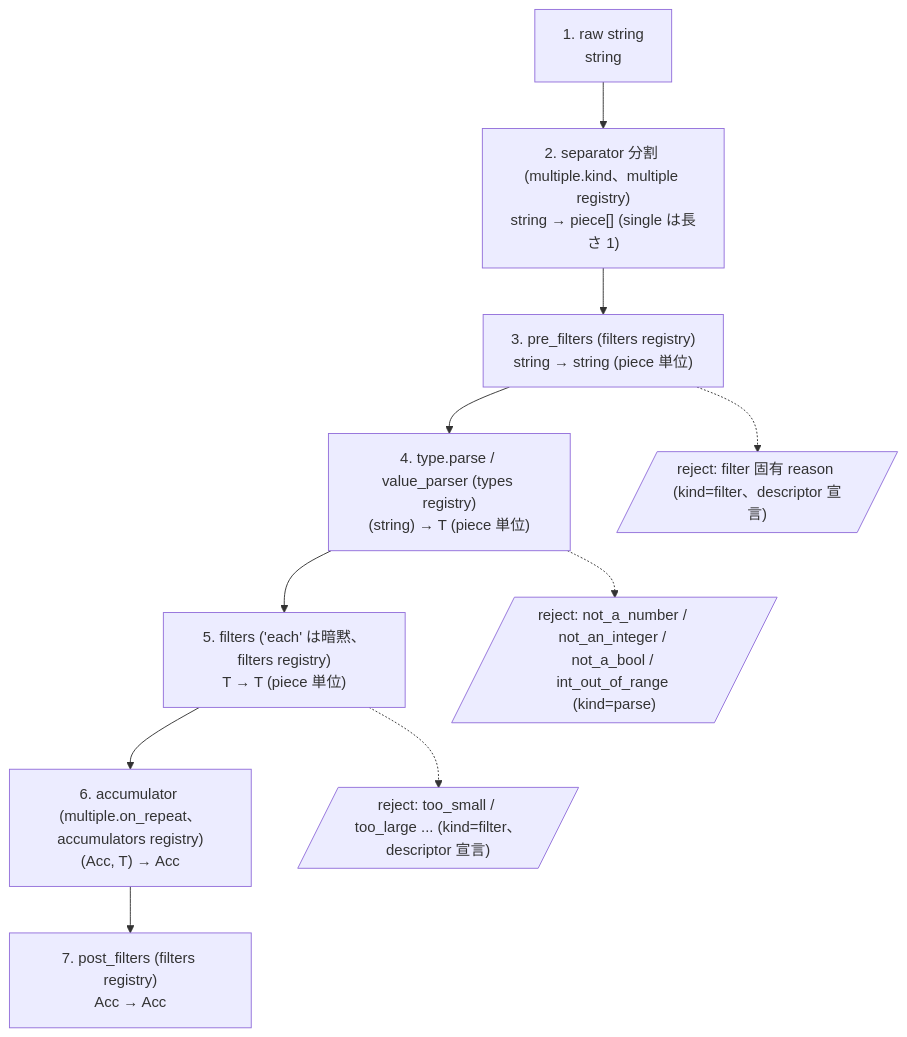
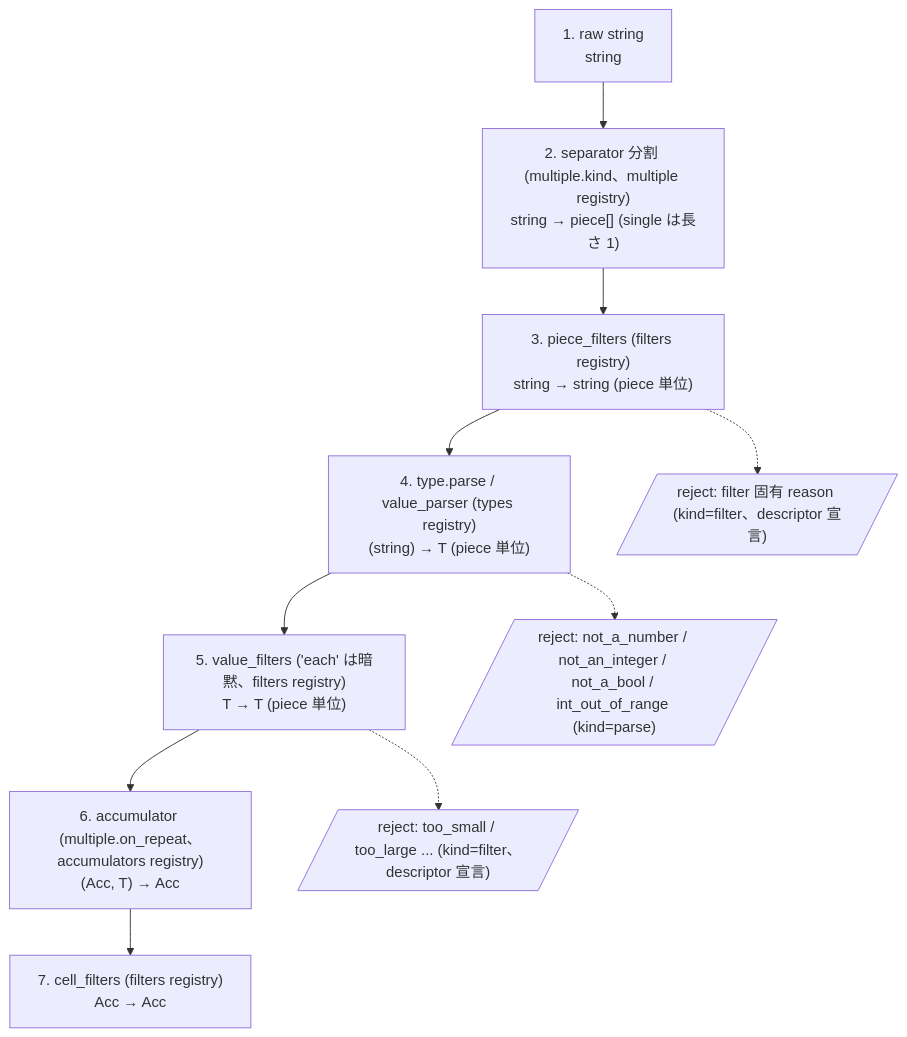
The second of 2 diagrams in docs/PIPELINE.md (kawaz/kuu), drawn with Mermaid before and after one commit. The commit also changed other lines of this file and 26 other files, not shown here.

First line of the commit message:
refactor(vocab): DR-079 リネーム追従 — piece_filters / value_filters / cell_filters

````diff
--- a/docs/PIPELINE.md
+++ b/docs/PIPELINE.md
@@ -57,22 +57,22 @@
 ```mermaid
 flowchart TD
   S1["1. raw string<br/>string"]
   S2["2. separator 分割 (multiple.kind、multiple registry)<br/>string → piece[] (single は長さ 1)"]
-  S3["3. pre_filters (filters registry)<br/>string → string (piece 単位)"]
+  S3["3. piece_filters (filters registry)<br/>string → string (piece 単位)"]
   S4["4. type.parse / value_parser (types registry)<br/>(string) → T (piece 単位)"]
-  S5["5. filters ('each' は暗黙、filters registry)<br/>T → T (piece 単位)"]
+  S5["5. value_filters ('each' は暗黙、filters registry)<br/>T → T (piece 単位)"]
   S6["6. accumulator (multiple.on_repeat、accumulators registry)<br/>(Acc, T) → Acc"]
-  S7["7. post_filters (filters registry)<br/>Acc → Acc"]
+  S7["7. cell_filters (filters registry)<br/>Acc → Acc"]
   R3[/"reject: filter 固有 reason (kind=filter、descriptor 宣言)"/]
   R4[/"reject: not_a_number / not_an_integer / not_a_bool / int_out_of_range (kind=parse)"/]
   R5[/"reject: too_small / too_large ... (kind=filter、descriptor 宣言)"/]
   S1 --> S2
   S2 --> S3
   S3 --> S4
   S4 --> S5
   S5 --> S6
   S6 --> S7
   S3 -.-> R3
   S4 -.-> R4
   S5 -.-> R5
 ```
````
